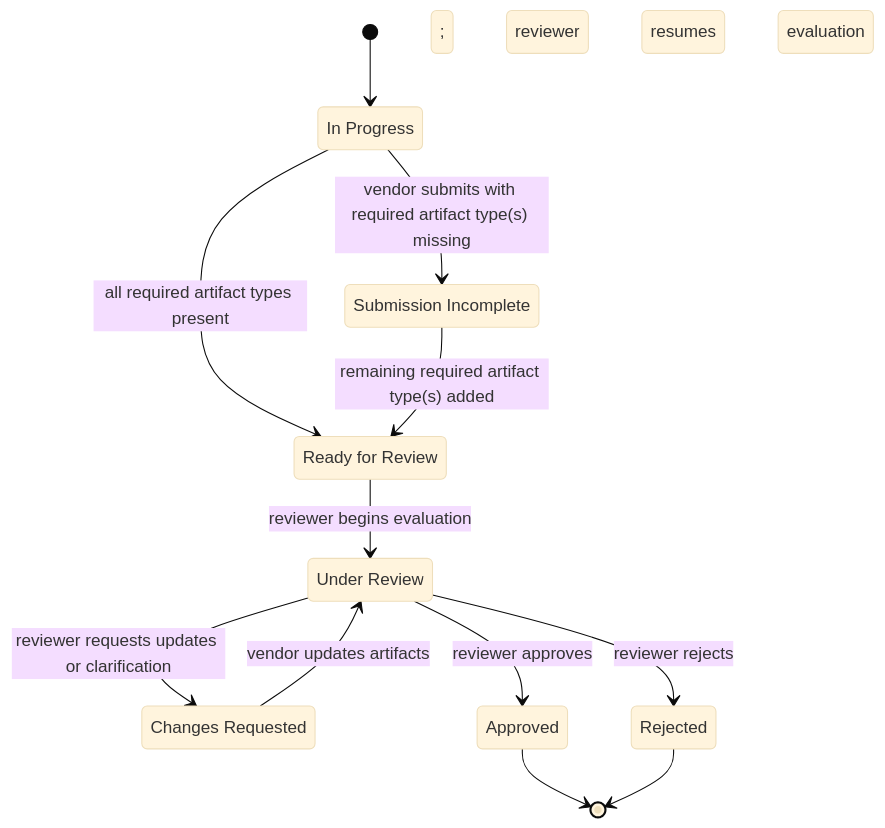
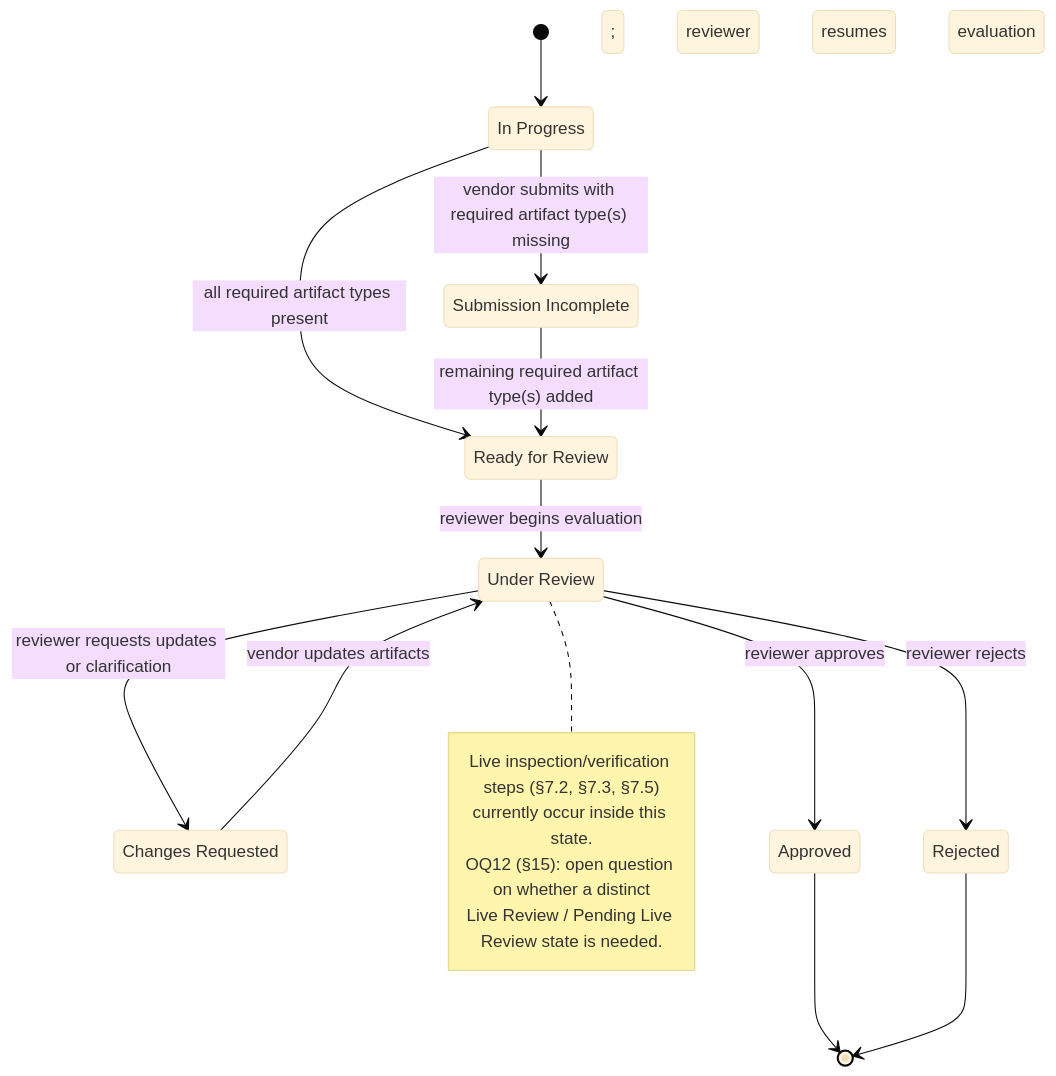
One commit to roberthunterjr/Ed-Fi-AdminApp changed the seventh of 9 diagrams in docs/PRD-Certification-v2.md. Above: the diagram before and after it, drawn with Mermaid (base theme). The commit also changed other lines of this file, not shown here.

Commit message:
Fix wording and flag OQ12 in §7.7 state diagram
- Restore "domain(s)" wording in §7.7.1's flowchart (was "domain-s", a
  workaround from an earlier parenthesis-quoting issue that no longer
  applies once the label is quoted).
- Add a note on the "Under Review" state in §7.7's state diagram
  pointing to OQ12, since §7.2/§7.3/§7.5 all fold live inspection/
  verification steps into that state without a dedicated Live Review
  state. Leaves OQ12 open, just makes the gap visible in the diagram.

````diff
--- a/docs/PRD-Certification-v2.md
+++ b/docs/PRD-Certification-v2.md
@@ -504,22 +504,29 @@
 ```mermaid
 stateDiagram-v2
     state "In Progress" as InProgress
     state "Submission Incomplete" as SubmissionIncomplete
     state "Ready for Review" as ReadyForReview
     state "Under Review" as UnderReview
     state "Changes Requested" as ChangesRequested
     state "Approved" as Approved
     state "Rejected" as Rejected
 
     [*] --> InProgress
     InProgress --> SubmissionIncomplete : vendor submits with required artifact type(s) missing
     InProgress --> ReadyForReview : all required artifact types present
     SubmissionIncomplete --> ReadyForReview : remaining required artifact type(s) added
     ReadyForReview --> UnderReview : reviewer begins evaluation
     UnderReview --> ChangesRequested : reviewer requests updates or clarification
     UnderReview --> Approved : reviewer approves
     UnderReview --> Rejected : reviewer rejects
     ChangesRequested --> UnderReview : vendor updates artifacts; reviewer resumes evaluation
     Approved --> [*]
     Rejected --> [*]
+
+    note right of UnderReview
+        Live inspection/verification steps (§7.2, §7.3, §7.5)
+        currently occur inside this state.
+        OQ12 (§15): open question on whether a distinct
+        Live Review / Pending Live Review state is needed.
+    end note
 ```
````
